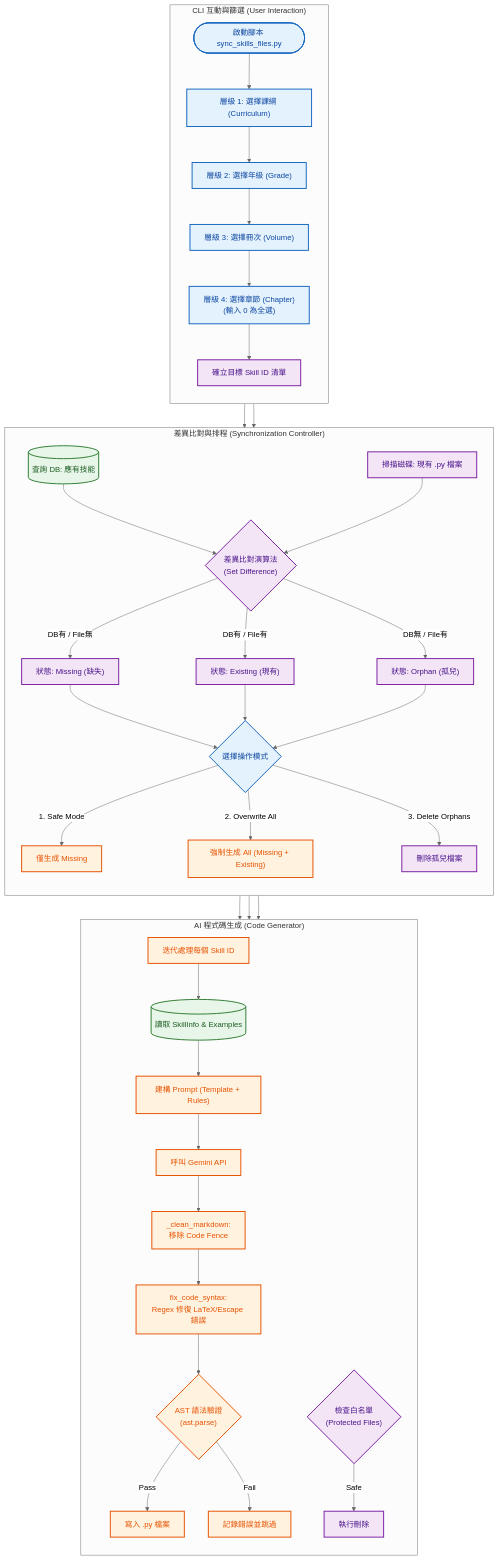
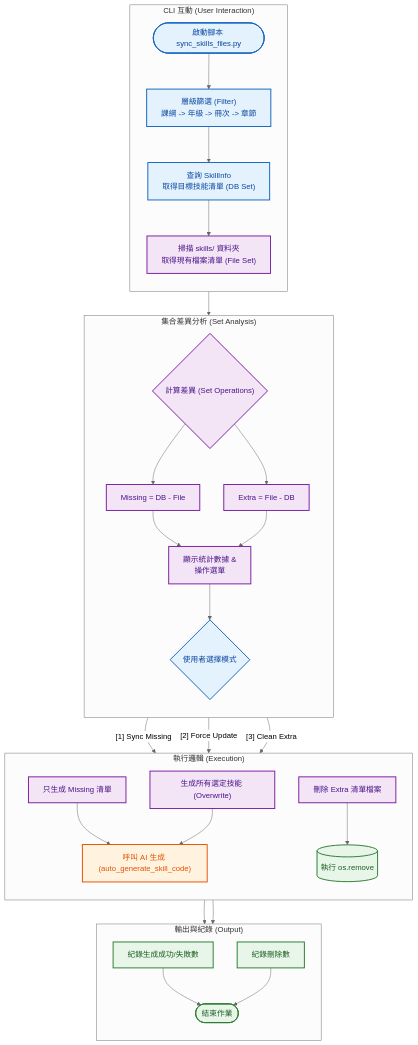
The diagram in docs/後臺系統分析/sync_skills_files.md (yyfsunnyboy/MathProject_AST_Research), drawn with Mermaid (neutral theme) before and after one commit. The commit also changed other lines of this file and 6 other files, not shown here.

````diff
--- a/docs/後臺系統分析/sync_skills_files.md
+++ b/docs/後臺系統分析/sync_skills_files.md
@@ -21,60 +24,52 @@
 ```mermaid
 graph TD
-    %% --- 定義樣式 (Class Definitions) ---
+    %% --- 定義樣式 ---
     classDef userAction fill:#e3f2fd,stroke:#1565c0,stroke-width:2px,color:#0d47a1;
-    classDef controller fill:#f3e5f5,stroke:#7b1fa2,stroke-width:2px,color:#4a148c;
-    classDef generator fill:#fff3e0,stroke:#e65100,stroke-width:2px,color:#e65100;
-    classDef dbData fill:#e8f5e9,stroke:#2e7d32,stroke-width:2px,color:#1b5e20;
+    classDef logicAlgo fill:#f3e5f5,stroke:#7b1fa2,stroke-width:2px,color:#4a148c;
+    classDef aiCore fill:#fff3e0,stroke:#e65100,stroke-width:2px,color:#e65100;
+    classDef ioOp fill:#e8f5e9,stroke:#2e7d32,stroke-width:2px,color:#1b5e20;
 
-    %% --- 1. 使用者互動層 (CLI Interaction) ---
-    subgraph "CLI 互動與篩選 (User Interaction)"
+    %% --- 1. CLI 互動與篩選 ---
+    subgraph "CLI 互動 (User Interaction)"
         direction TB
-        Start(["啟動腳本 sync_skills_files.py"]) --> FilterL1["層級 1: 選擇課綱 (Curriculum)"]
-        FilterL1 --> FilterL2["層級 2: 選擇年級 (Grade)"]
-        FilterL2 --> FilterL3["層級 3: 選擇冊次 (Volume)"]
-        FilterL3 --> FilterL4["層級 4: 選擇章節 (Chapter)<br/>(輸入 0 為全選)"]
-        FilterL4 --> QueryTarget["確立目標 Skill ID 清單"]
+        Start(["啟動腳本 sync_skills_files.py"]) --> FilterL1["層級篩選 (Filter)<br/>課綱 -> 年級 -> 冊次 -> 章節"]
+        FilterL1 --> QueryDB["查詢 SkillInfo<br/>取得目標技能清單 (DB Set)"]
+        QueryDB --> ScanDir["掃描 skills/ 資料夾<br/>取得現有檔案清單 (File Set)"]
     end
 
-    %% --- 2. 控制與比對層 (Controller Logic) ---
-    subgraph "差異比對與排程 (Synchronization Controller)"
+    %% --- 2. 集合運算與決策 ---
+    subgraph "集合差異分析 (Set Analysis)"
         direction TB
-        QueryTarget --> FetchDB[("查詢 DB: 應有技能")]
-        Start --> ScanFiles["掃描磁碟: 現有 .py 檔案"]
-        FetchDB & ScanFiles --> DiffCheck{"差異比對演算法<br/>(Set Difference)"}
+        ScanDir --> CalcDiff{"計算差異 (Set Operations)"}
+        CalcDiff --> SetMissing["Missing = DB - File"]
+        CalcDiff --> SetExtra["Extra = File - DB"]
         
-        DiffCheck -- "DB有 / File無" --> StatusMissing["狀態: Missing (缺失)"]
-        DiffCheck -- "DB有 / File有" --> StatusExisting["狀態: Existing (現有)"]
-        DiffCheck -- "DB無 / File有" --> StatusOrphan["狀態: Orphan (孤兒)"]
-        
-        StatusMissing & StatusExisting & StatusOrphan --> UserDecide{"選擇操作模式"}
-        
-        UserDecide -- "1. Safe Mode" --> ActionGenMissing["僅生成 Missing"]
-        UserDecide -- "2. Overwrite All" --> ActionGenAll["強制生成 All (Missing + Existing)"]
-        UserDecide -- "3. Delete Orphans" --> ActionDel["刪除孤兒檔案"]
+        SetMissing & SetExtra --> ShowStats["顯示統計數據 &<br/>操作選單"]
+        ShowStats --> UserChoice{"使用者選擇模式"}
     end
 
-    %% --- 3. AI 生成核心 (Generator Core) ---
-    subgraph "AI 程式碼生成 (Code Generator)"
+    %% --- 3. 執行分支 ---
+    subgraph "執行邏輯 (Execution)"
         direction TB
-        ActionGenMissing & ActionGenAll --> LoopStart["迭代處理每個 Skill ID"]
-        LoopStart --> FetchExamples[("讀取 SkillInfo & Examples")]
-        FetchExamples --> BuildPrompt["建構 Prompt (Template + Rules)"]
-        BuildPrompt --> CallAI["呼叫 Gemini API"]
-        CallAI --> CleanMD["_clean_markdown:<br/>移除 Code Fence"]
-        CleanMD --> FixSyntax["fix_code_syntax:<br/>Regex 修復 LaTeX/Escape 錯誤"]
-        FixSyntax --> ValidAST{"AST 語法驗證<br/>(ast.parse)"}
+        UserChoice -- "[1] Sync Missing" --> GenMissing["只生成 Missing 清單"]
+        UserChoice -- "[2] Force Update" --> GenAll["生成所有選定技能 (Overwrite)"]
+        UserChoice -- "[3] Clean Extra" --> DelExtra["刪除 Extra 清單檔案"]
         
-        ValidAST -- "Pass" --> SaveFile["寫入 .py 檔案"]
-        ValidAST -- "Fail" --> LogError["記錄錯誤並跳過"]
-        
-        ActionDel --> CheckProtect{"檢查白名單<br/>(Protected Files)"}
-        CheckProtect -- "Safe" --> DoDelete["執行刪除"]
+        GenMissing & GenAll --> CallAI["呼叫 AI 生成 (auto_generate_skill_code)"]
+        DelExtra --> FileDel[("執行 os.remove")]
+    end
+
+    %% --- 4. 結果輸出 ---
+    subgraph "輸出與紀錄 (Output)"
+        direction TB
+        CallAI --> LogGen["紀錄生成成功/失敗數"]
+        FileDel --> LogDel["紀錄刪除數"]
+        LogGen & LogDel --> End(["結束作業"])
     end
 
     %% --- 套用樣式 ---
-    class Start,FilterL1,FilterL2,FilterL3,FilterL4,UserDecide userAction;
-    class QueryTarget,ScanFiles,DiffCheck,StatusMissing,StatusExisting,StatusOrphan,ActionDel,CheckProtect,DoDelete controller;
-    class ActionGenMissing,ActionGenAll,LoopStart,BuildPrompt,CallAI,CleanMD,FixSyntax,ValidAST,SaveFile,LogError generator;
-    class FetchDB,FetchExamples dbData;
+    class Start,FilterL1,QueryDB,UserChoice userAction;
+    class ScanDir,CalcDiff,SetMissing,SetExtra,ShowStats,GenMissing,GenAll,DelExtra logicAlgo;
+    class CallAI aiCore;
+    class FileDel,LogGen,LogDel,End ioOp;
 ```
````
